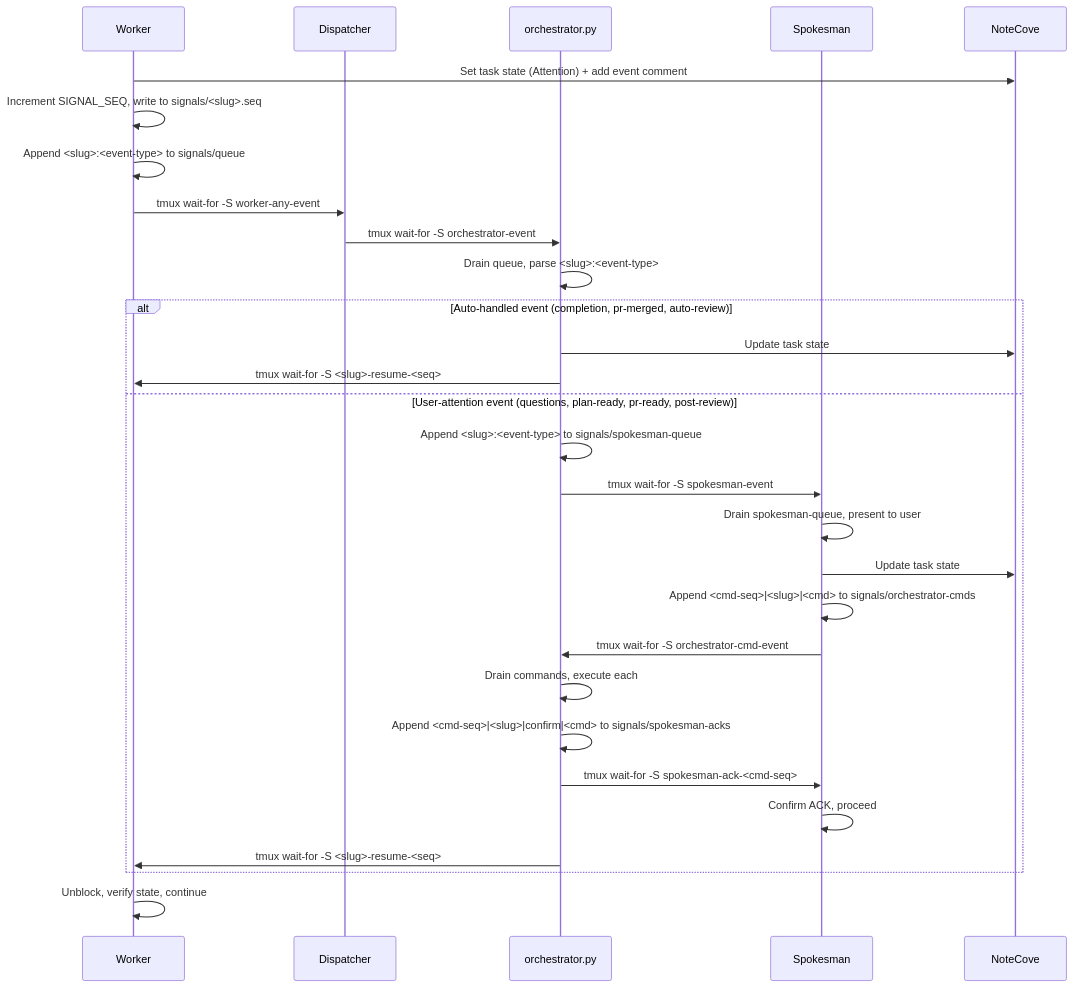
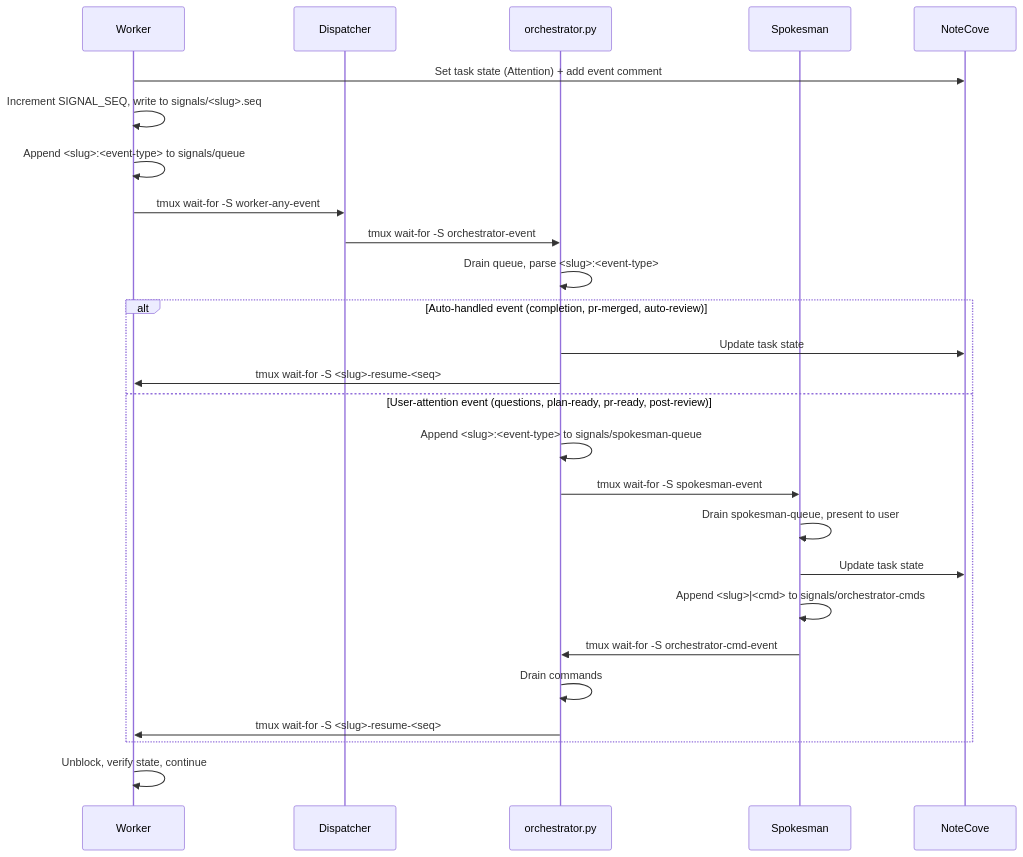
Before and after one commit to gara2000/agentmesh: the third of 13 diagrams in docs/agentic-workflow.md, drawn with Mermaid. The commit also changed other lines of this file and 6 other files, not shown here.

First line of the commit message:
revert(spokesman): remove ACK protocol between Spokesman and orchestrator [WORK-84k]

````diff
--- a/docs/agentic-workflow.md
+++ b/docs/agentic-workflow.md
@@ -96,34 +96,31 @@
 ```mermaid
 sequenceDiagram
     participant W as Worker
     participant D as Dispatcher
     participant OP as orchestrator.py
     participant SP as Spokesman
     participant NC as NoteCove
 
     W->>NC: Set task state (Attention) + add event comment
     W->>W: Increment SIGNAL_SEQ, write to signals/<slug>.seq
     W->>W: Append <slug>:<event-type> to signals/queue
     W->>D: tmux wait-for -S worker-any-event
     D->>OP: tmux wait-for -S orchestrator-event
     OP->>OP: Drain queue, parse <slug>:<event-type>
 
     alt Auto-handled event (completion, pr-merged, auto-review)
         OP->>NC: Update task state
         OP->>W: tmux wait-for -S <slug>-resume-<seq>
     else User-attention event (questions, plan-ready, pr-ready, post-review)
         OP->>OP: Append <slug>:<event-type> to signals/spokesman-queue
         OP->>SP: tmux wait-for -S spokesman-event
         SP->>SP: Drain spokesman-queue, present to user
         SP->>NC: Update task state
-        SP->>SP: Append <cmd-seq>|<slug>|<cmd> to signals/orchestrator-cmds
+        SP->>SP: Append <slug>|<cmd> to signals/orchestrator-cmds
         SP->>OP: tmux wait-for -S orchestrator-cmd-event
-        OP->>OP: Drain commands, execute each
-        OP->>OP: Append <cmd-seq>|<slug>|confirm|<cmd> to signals/spokesman-acks
-        OP->>SP: tmux wait-for -S spokesman-ack-<cmd-seq>
-        SP->>SP: Confirm ACK, proceed
+        OP->>OP: Drain commands
         OP->>W: tmux wait-for -S <slug>-resume-<seq>
     end
 
     W->>W: Unblock, verify state, continue
 ```
````
